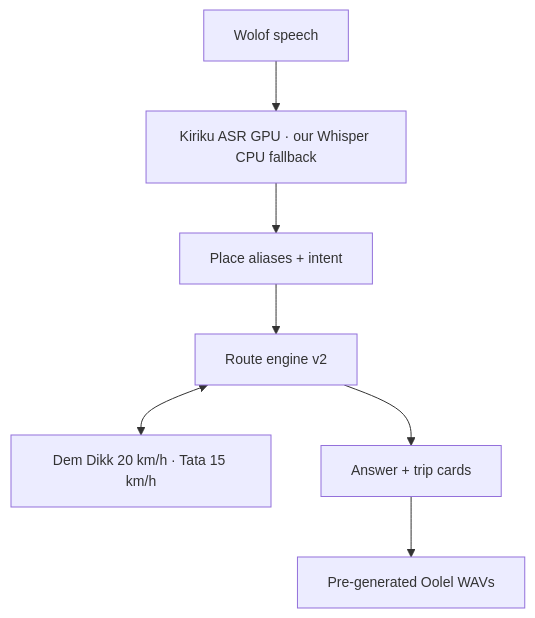
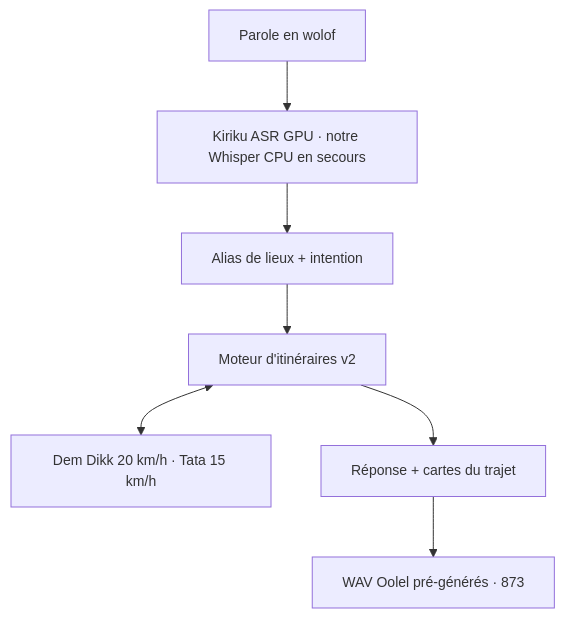
The diagram in README.md (chniang/wolof-bus-assistant), drawn with Mermaid before and after one commit. The commit also changed other lines of this file and 1 other file, not shown here.

````diff
--- a/README.md
+++ b/README.md
@@ -98,7 +100,7 @@
 ```mermaid
 %%{init: {"flowchart": {"htmlLabels": false, "useMaxWidth": true}, "themeVariables": {"fontSize": "14px"}}}%%
 flowchart TD
-  A[Wolof speech] --> B[Kiriku ASR GPU · our Whisper CPU fallback] --> C[Place aliases + intent] --> D[Route engine v2]
+  A[Parole en wolof] --> B[Kiriku ASR GPU · notre Whisper CPU en secours] --> C[Alias de lieux + intention] --> D[Moteur d'itinéraires v2]
   D <--> E[Dem Dikk 20 km/h · Tata 15 km/h]
-  D --> F[Answer + trip cards] --> G[Pre-generated Oolel WAVs]
+  D --> F[Réponse + cartes du trajet] --> G[WAV Oolel pré-générés · 873]
 ```
````
